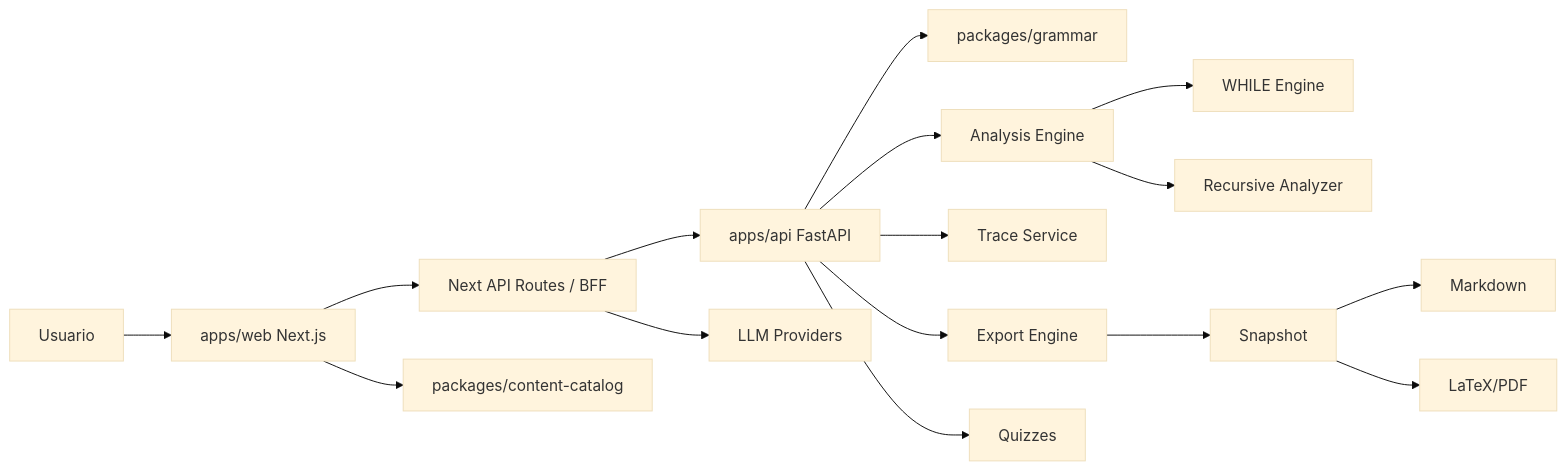
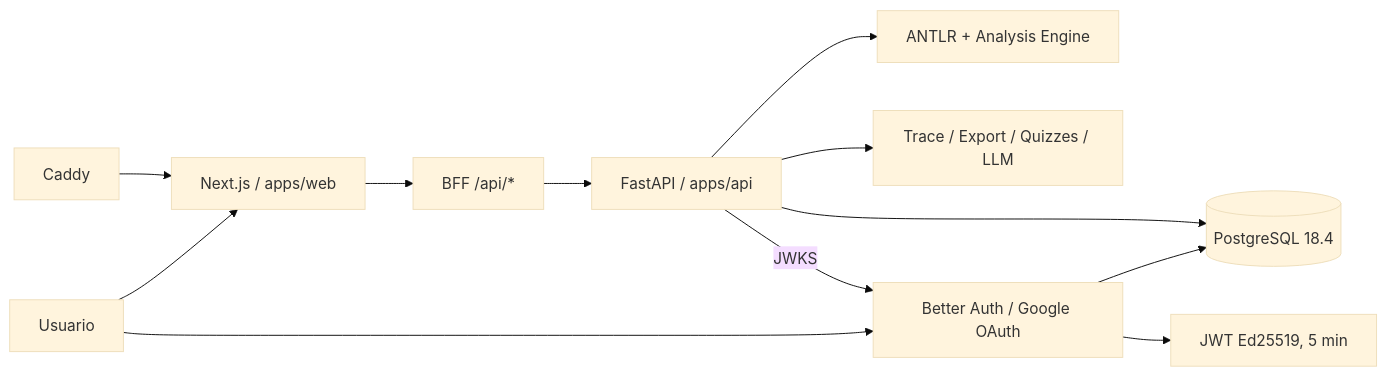
One commit to Cruz1122/aalie changed the diagram in docs/02-architecture/system-architecture.md. Above: the diagram before and after it, drawn with Mermaid (base theme). The commit also changed other lines of this file and 175 other files, not shown here.

````diff
--- a/docs/02-architecture/system-architecture.md
+++ b/docs/02-architecture/system-architecture.md
@@ -39,18 +33,17 @@
 ```mermaid
 flowchart LR
-  U[Usuario] --> W[apps/web Next.js]
-  W --> BFF[Next API Routes / BFF]
-  BFF --> API[apps/api FastAPI]
-  API --> G[packages/grammar]
-  API --> A[Analysis Engine]
-  A --> WH[WHILE Engine]
-  A --> REC[Recursive Analyzer]
-  API --> TR[Trace Service]
-  API --> EX[Export Engine]
-  EX --> SS[Snapshot]
-  SS --> MD[Markdown]
-  SS --> TEX[LaTeX/PDF]
-  API --> Q[Quizzes]
-  W --> CC[packages/content-catalog]
-  BFF --> LLM[LLM Providers]
+  U[Usuario] --> W[Next.js / apps/web]
+  W --> BFF[BFF /api/*]
+  BFF --> API[FastAPI / apps/api]
+  API --> G[ANTLR + Analysis Engine]
+  API --> EX[Trace / Export / Quizzes / LLM]
+
+  U --> AUTH[Better Auth / Google OAuth]
+  AUTH --> PG[(PostgreSQL 18.4)]
+  API --> PG
+
+  AUTH --> JWT[JWT Ed25519, 5 min]
+  API -->|JWKS| AUTH
+
+  C[Caddy] --> W
 ```
````
